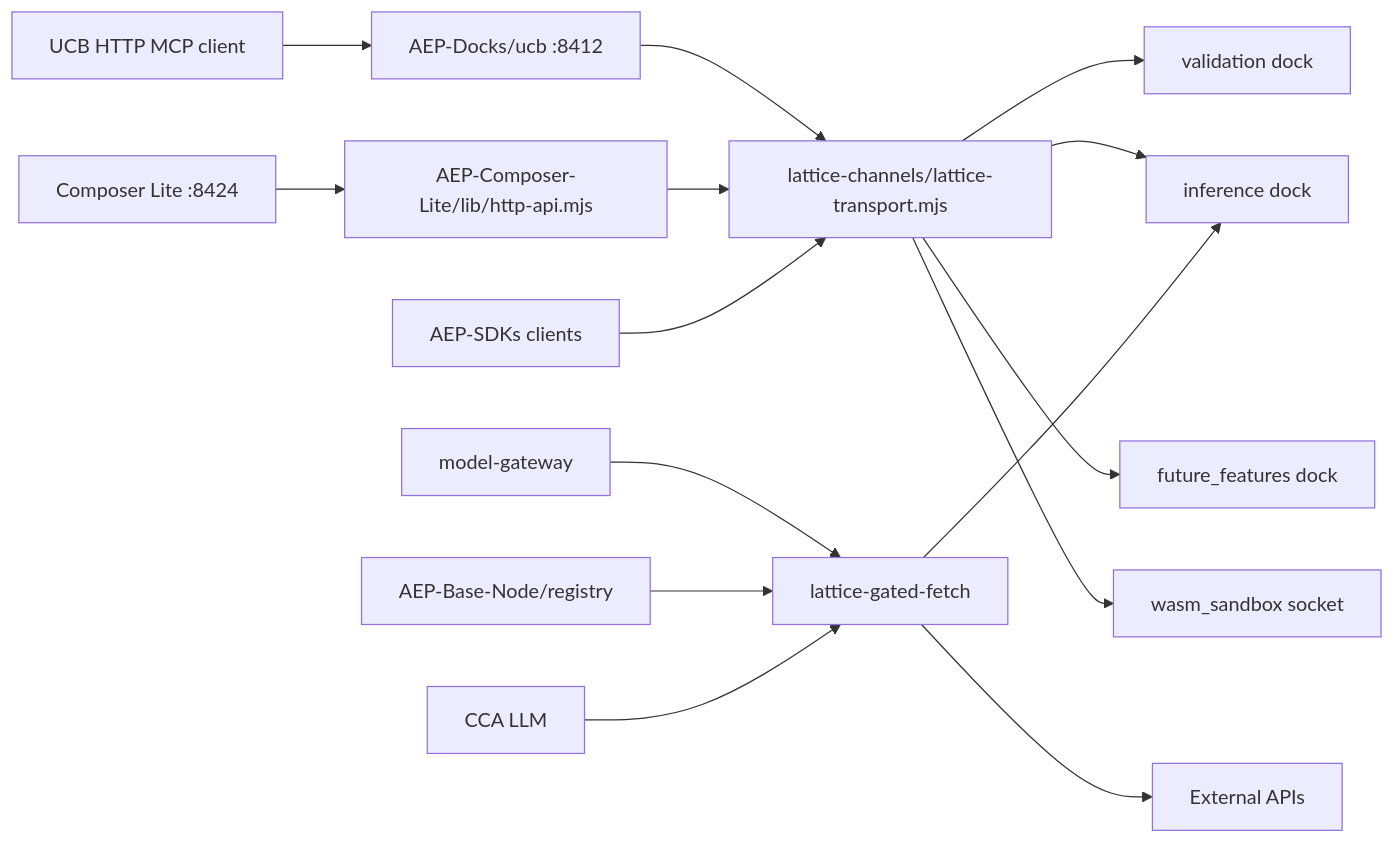
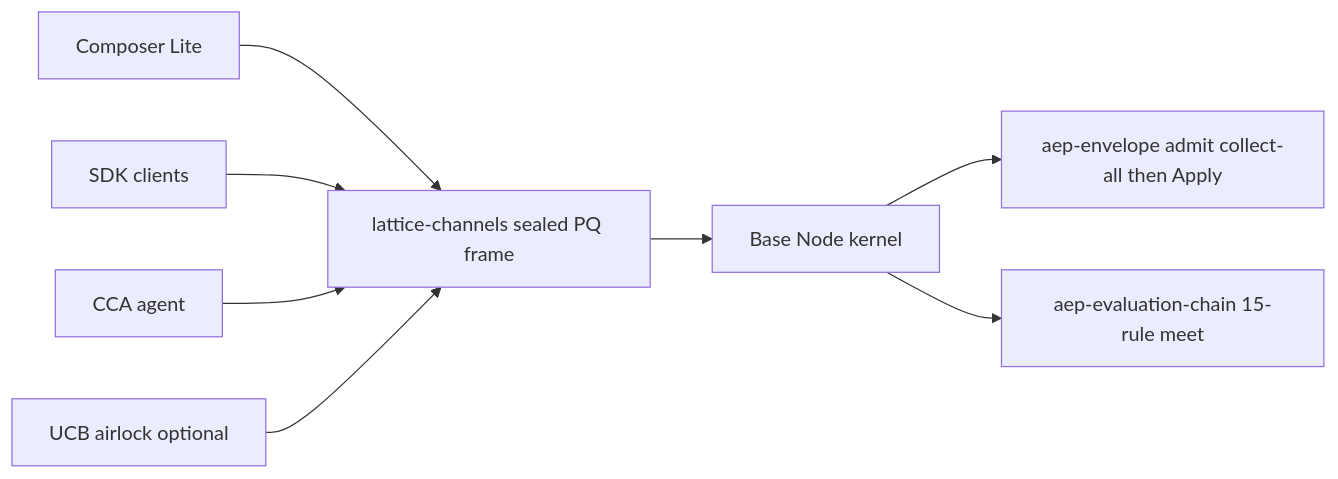
The second of 4 diagrams in README.md (thePM001/AEP-agent-element-protocol), drawn with Mermaid before and after one commit. The commit also changed other lines of this file and 350 other files, not shown here.

````diff
--- a/README.md
+++ b/README.md
@@ -103,17 +107,18 @@
 ```mermaid
 flowchart LR
-  UI[Composer Lite :8424] --> CL[AEP-Composer-Lite/lib/http-api.mjs]
-  CLIENT[UCB HTTP MCP client] --> UCB[AEP-Docks/ucb :8412]
-  UCB --> LT[lattice-channels/lattice-transport.mjs]
-  CL --> LT
-  LT --> VD[validation dock]
-  LT --> ID[inference dock]
-  LT --> FF[future_features dock]
-  LT --> WS[wasm_sandbox socket]
-  SDK[AEP-SDKs clients] --> LT
-  MG[model-gateway] --> LGF[lattice-gated-fetch]
-  LGF --> ID
-  LGF --> EXT[External APIs]
-  REG[AEP-Base-Node/registry] --> LGF
-  CCA[CCA LLM] --> LGF
+  UI[Composer Lite]
+  SDK[SDK clients]
+  CCA[CCA agent]
+  UCB[UCB airlock optional]
+  LT[lattice-channels sealed PQ frame]
+  BN[Base Node kernel]
+  ADMIT[aep-envelope admit collect-all then Apply]
+  MEET[aep-evaluation-chain 15-rule meet]
+  UI --> LT
+  SDK --> LT
+  CCA --> LT
+  UCB --> LT
+  LT --> BN
+  BN --> ADMIT
+  BN --> MEET
 ```
````
